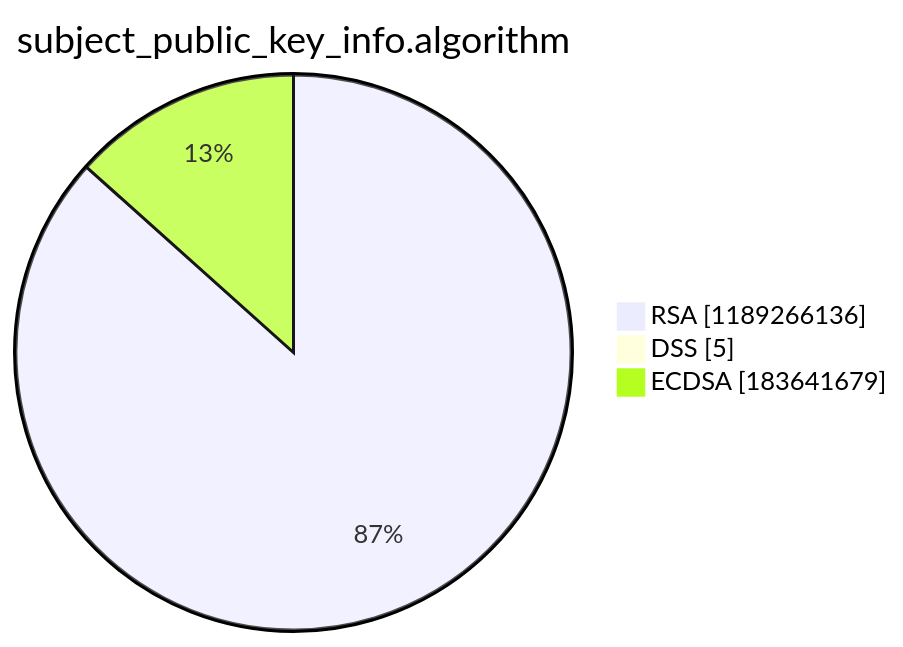
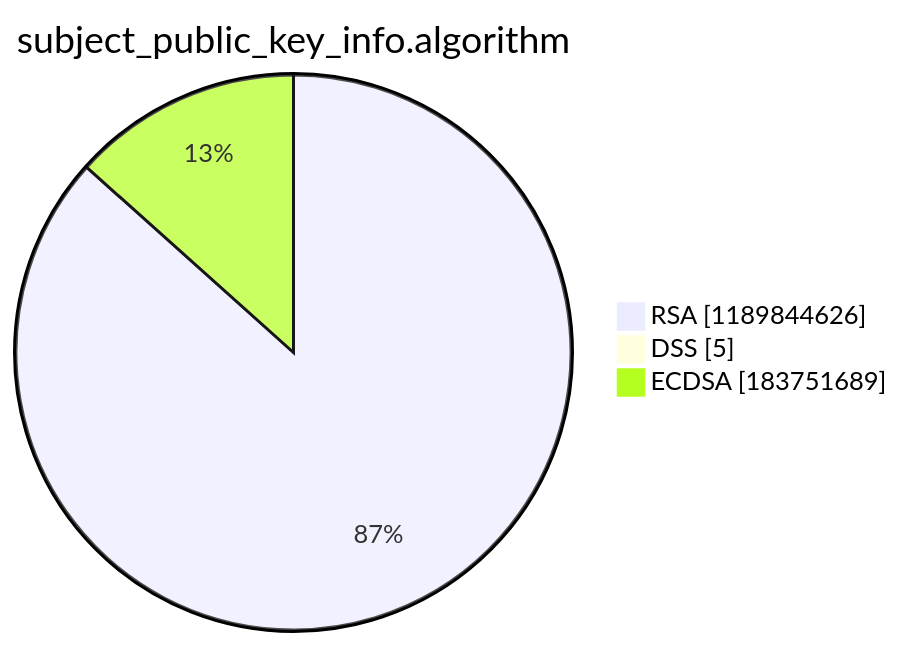
The third of 15 diagrams in argon2022/README.md (christiankrug/ctmonitor_visualization), drawn with Mermaid before and after one commit. The commit also changed other lines of this file, not shown here.

````diff
--- a/argon2022/README.md
+++ b/argon2022/README.md
@@ -14,7 +14,7 @@
 ```mermaid
 pie showData
 title subject_public_key_info.algorithm
-"RSA" :1189266136
+"RSA" :1189844626
 "DSS" :5
-"ECDSA" :183641679
+"ECDSA" :183751689
 ```
````
